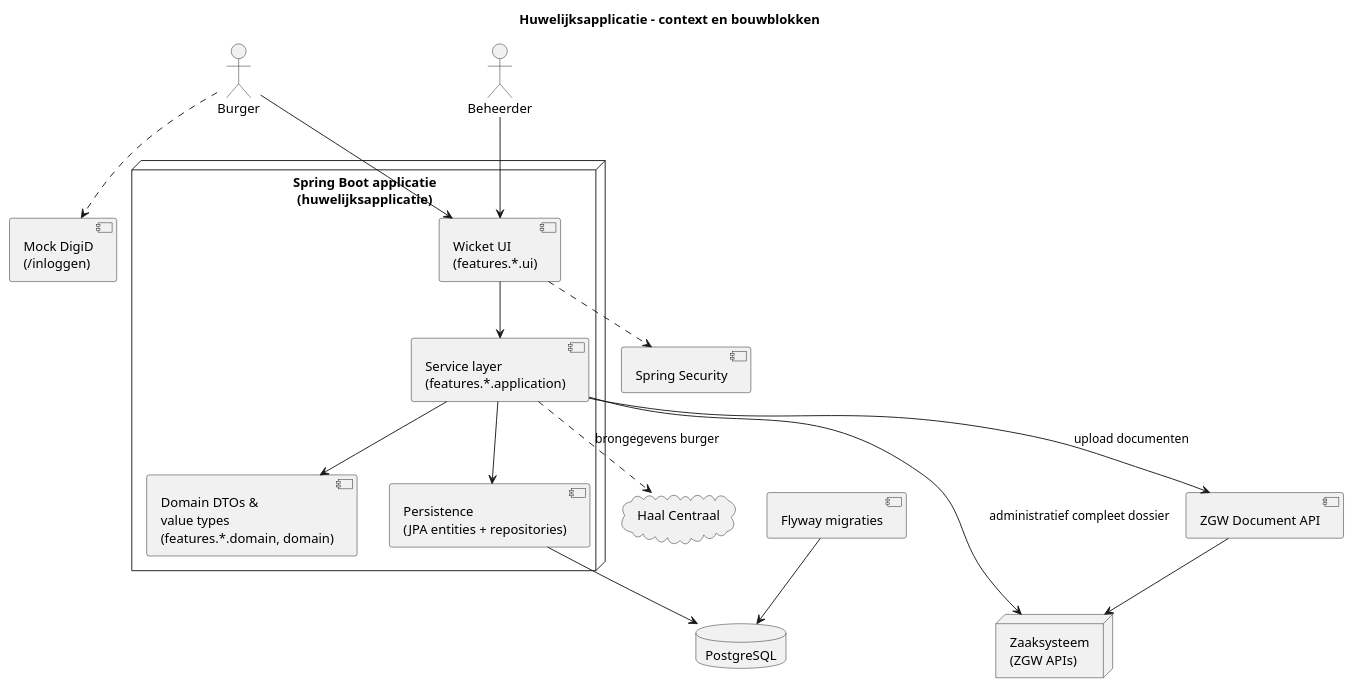
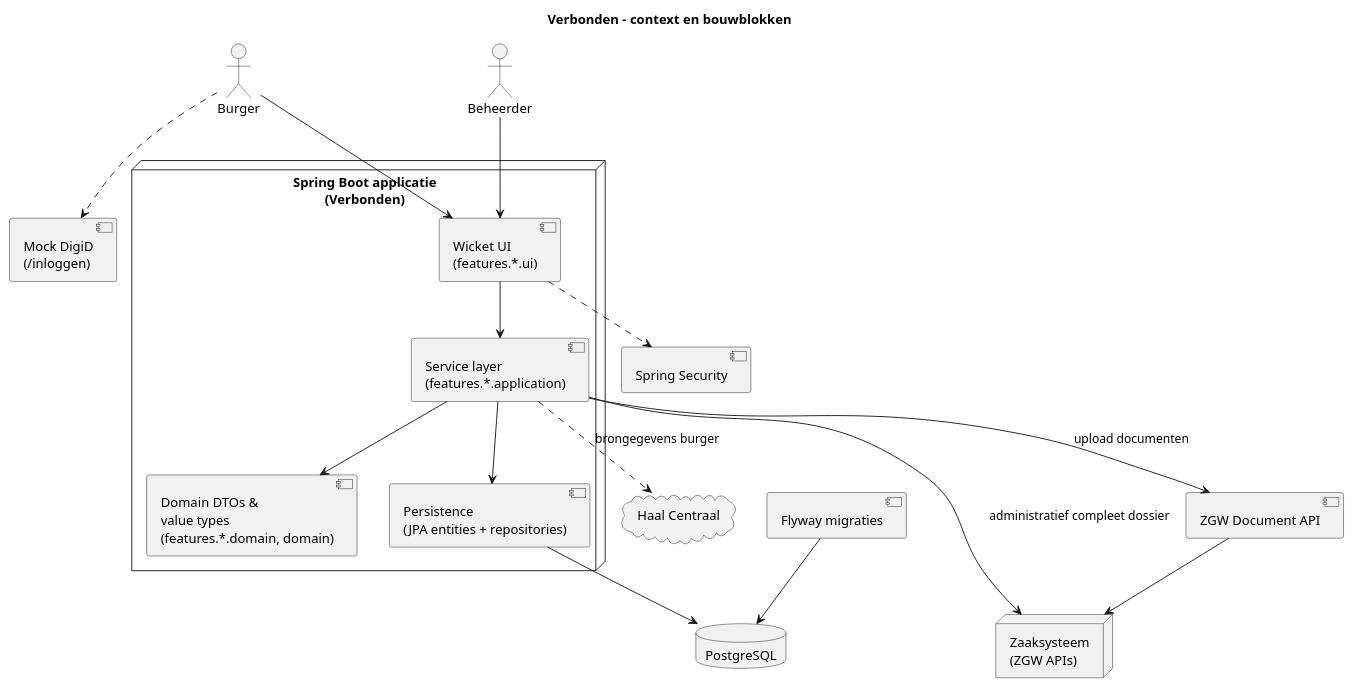
One commit to Municipality-of-Rotterdam/verbonden changed the diagram in docs/architectuur-context.puml. Above: the diagram before and after it, drawn with PlantUML. The commit also changed 381 other files, not shown here.

```diff
--- a/docs/architectuur-context.puml
+++ b/docs/architectuur-context.puml
@@ -1,40 +1,40 @@
 @startuml
 skinparam packageStyle rectangle
 skinparam shadowing false
 
-title Huwelijksapplicatie - context en bouwblokken
+title Verbonden - context en bouwblokken
 
 actor "Burger" as Citizen
 actor "Beheerder" as Admin
 
-node "Spring Boot applicatie\n(huwelijksapplicatie)" as App {
+node "Spring Boot applicatie\n(Verbonden)" as App {
   component "Wicket UI\n(features.*.ui)" as UI
   component "Service layer\n(features.*.application)" as Service
   component "Domain DTOs &\nvalue types\n(features.*.domain, domain)" as Domain
   component "Persistence\n(JPA entities + repositories)" as Persistence
 
   UI --> Service
   Service --> Domain
   Service --> Persistence
 }
 
 database "PostgreSQL" as Db
 component "Flyway migraties" as Flyway
 component "Spring Security" as Security
 component "Mock DigiD\n(/inloggen)" as MockDigid
 cloud "Haal Centraal" as HaalCentraal
 node "Zaaksysteem\n(ZGW APIs)" as Zaaksysteem
 component "ZGW Document API" as ZgwDocumentApi
 
 Citizen --> UI
 Admin --> UI
 UI ..> Security
 Citizen ..> MockDigid
 Service ..> HaalCentraal : brongegevens burger
 Service --> Zaaksysteem : administratief compleet dossier
 Service --> ZgwDocumentApi : upload documenten
 ZgwDocumentApi --> Zaaksysteem
 Persistence --> Db
 Flyway --> Db
 
 @enduml
```
